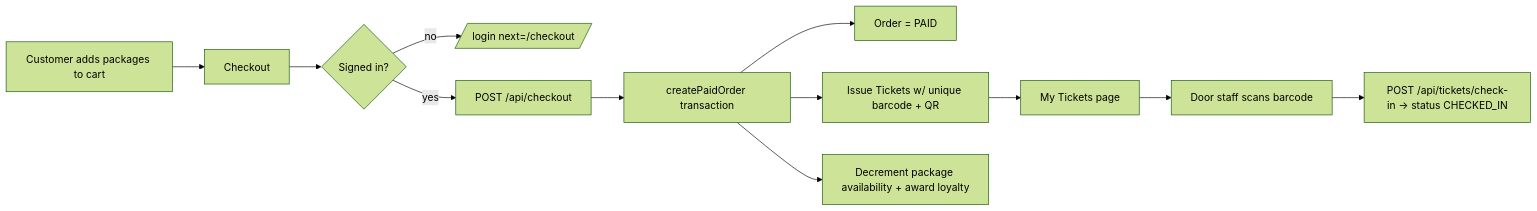
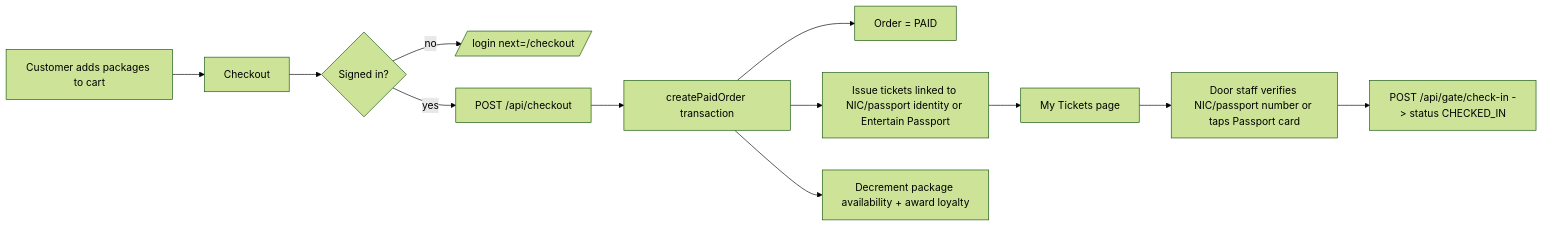
Before and after one commit to nzo-innovations/Entertain-Passport: the fourth of 4 diagrams in docs/SUPABASE.md, drawn with Mermaid (forest theme). The commit also changed other lines of this file and 249 other files, not shown here.

````diff
--- a/docs/SUPABASE.md
+++ b/docs/SUPABASE.md
@@ -235,14 +266,14 @@
 ```mermaid
 flowchart LR
     A[Customer adds packages to cart] --> B[Checkout]
     B --> C{Signed in?}
     C -- no --> L[/login next=/checkout/]
     C -- yes --> D[POST /api/checkout]
     D --> E[createPaidOrder transaction]
     E --> F[Order = PAID]
-    E --> G[Issue Tickets w/ unique barcode + QR]
+    E --> G[Issue tickets linked to NIC/passport identity or Entertain Passport]
     E --> H[Decrement package availability + award loyalty]
     G --> I[My Tickets page]
-    I --> J[Door staff scans barcode]
-    J --> K[POST /api/tickets/check-in → status CHECKED_IN]
+    I --> J[Door staff verifies NIC/passport number or taps Passport card]
+    J --> K[POST /api/gate/check-in -> status CHECKED_IN]
 ```
````
